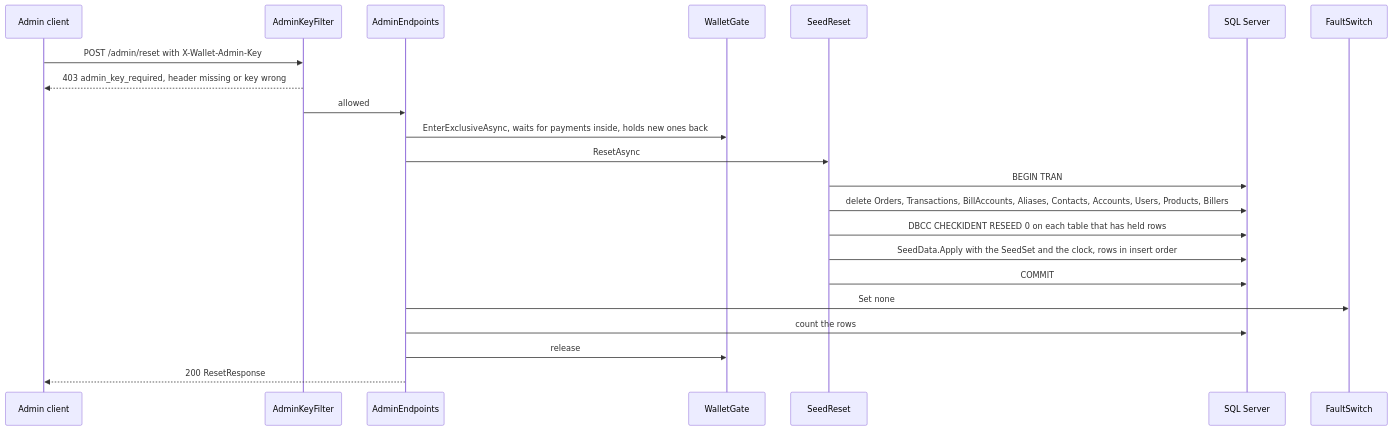
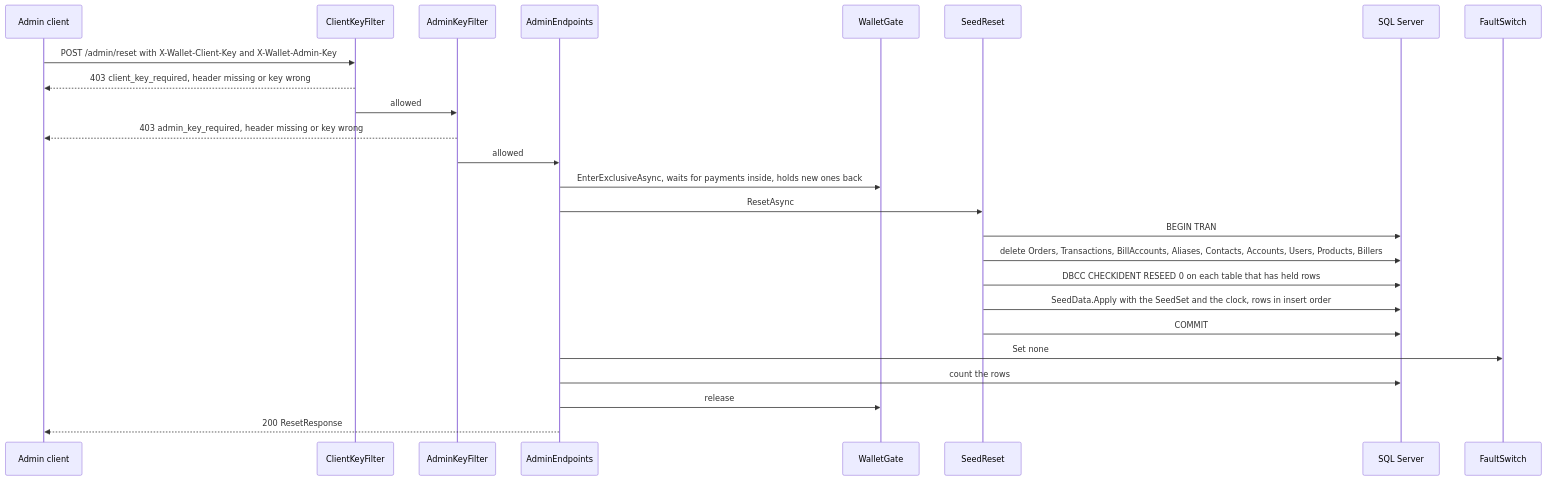
The sixth of 6 diagrams in docs/wallet-api.md (Khalil-Alhadidi/Naqoli), drawn with Mermaid before and after one commit. The commit also changed other lines of this file and 4 other files, not shown here.

First line of the commit message:
docs(wallet): client key, replay fingerprint, balance after, PIN format, closed payer

````diff
--- a/docs/wallet-api.md
+++ b/docs/wallet-api.md
@@ -495,25 +512,28 @@
 ```mermaid
 sequenceDiagram
     participant C as Admin client
+    participant CK as ClientKeyFilter
     participant K as AdminKeyFilter
     participant A as AdminEndpoints
     participant G as WalletGate
     participant R as SeedReset
     participant D as SQL Server
     participant F as FaultSwitch
 
-    C->>K: POST /admin/reset with X-Wallet-Admin-Key
+    C->>CK: POST /admin/reset with X-Wallet-Client-Key and X-Wallet-Admin-Key
+    CK-->>C: 403 client_key_required, header missing or key wrong
+    CK->>K: allowed
     K-->>C: 403 admin_key_required, header missing or key wrong
     K->>A: allowed
     A->>G: EnterExclusiveAsync, waits for payments inside, holds new ones back
     A->>R: ResetAsync
     R->>D: BEGIN TRAN
     R->>D: delete Orders, Transactions, BillAccounts, Aliases, Contacts, Accounts, Users, Products, Billers
     R->>D: DBCC CHECKIDENT RESEED 0 on each table that has held rows
     R->>D: SeedData.Apply with the SeedSet and the clock, rows in insert order
     R->>D: COMMIT
     A->>F: Set none
     A->>D: count the rows
     A->>G: release
     A-->>C: 200 ResetResponse
 ```
````
